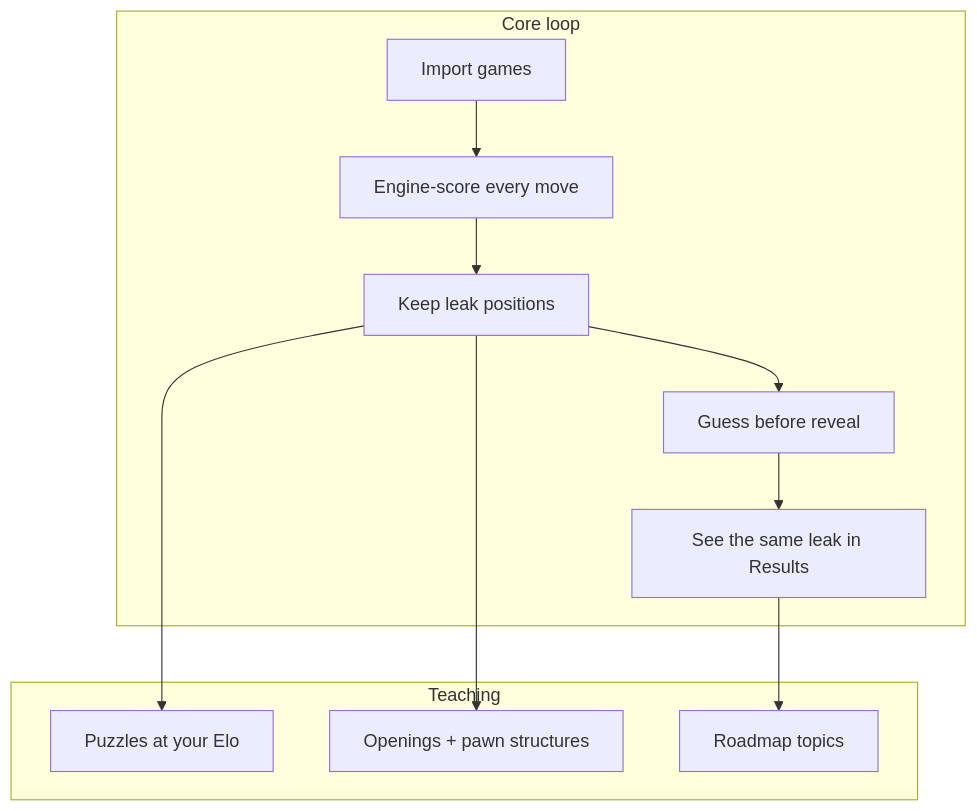
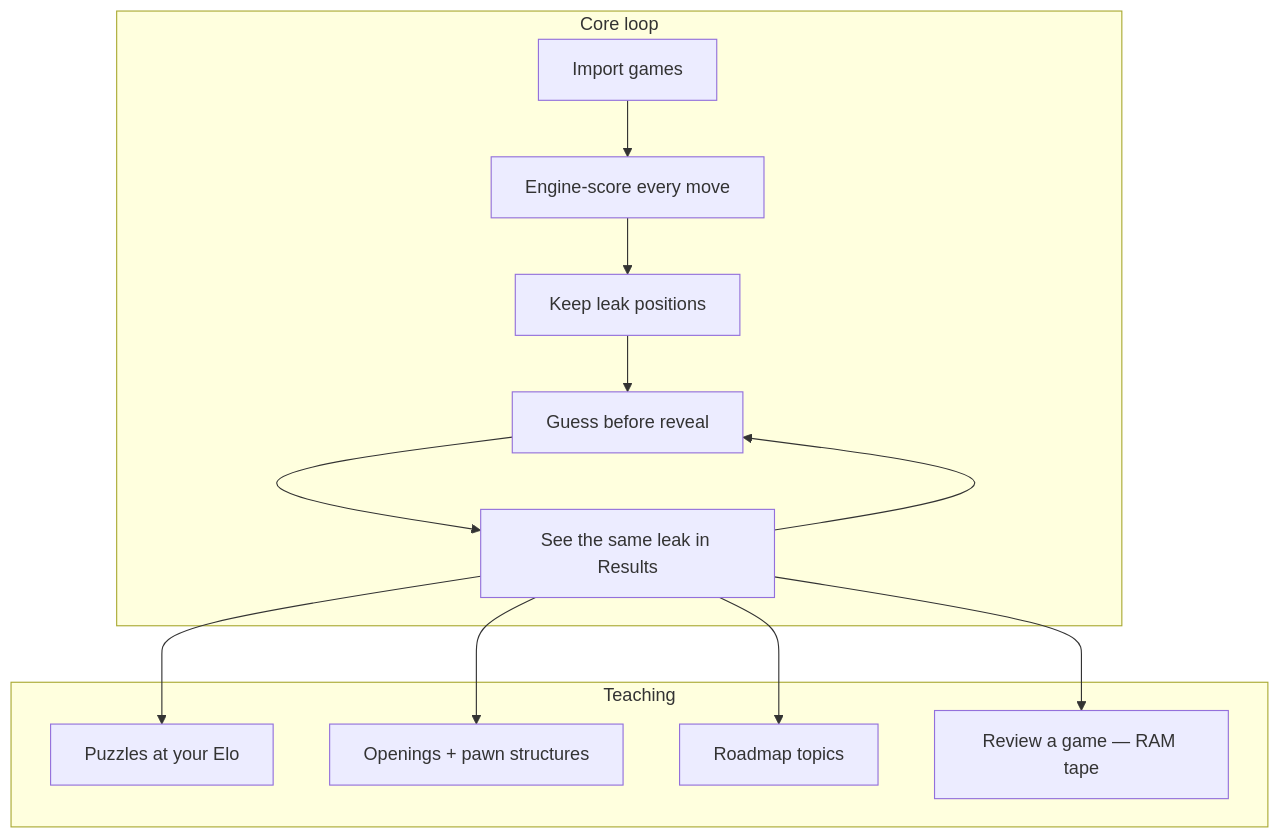
The diagram in docs/humans/Product map.md (FortakenJay/Chess-Website), drawn with Mermaid before and after one commit. The commit also changed other lines of this file and 33 other files, not shown here.

````diff
--- a/docs/humans/Product map.md
+++ b/docs/humans/Product map.md
@@ -13,19 +13,22 @@
 ```mermaid
 flowchart TB
   subgraph loop [Core loop]
     A[Import games] --> B[Engine-score every move]
     B --> C[Keep leak positions]
     C --> D[Guess before reveal]
     D --> E[See the same leak in Results]
+    E --> D
   end
 
   subgraph teach [Teaching]
     F[Puzzles at your Elo]
     G[Openings + pawn structures]
     H[Roadmap topics]
+    I[Review a game — RAM tape]
   end
 
-  C --> F
-  C --> G
+  E --> F
+  E --> G
   E --> H
+  E --> I
 ```
````
